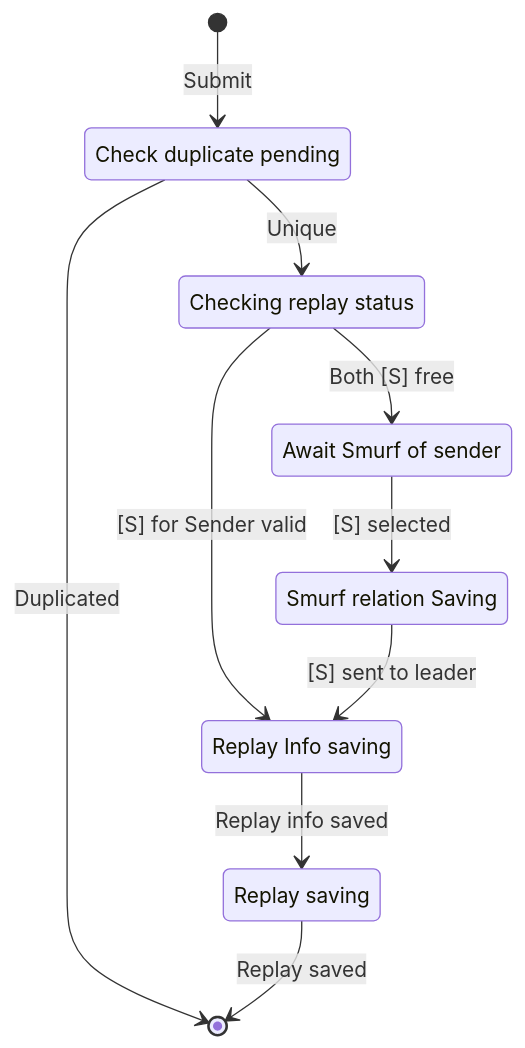
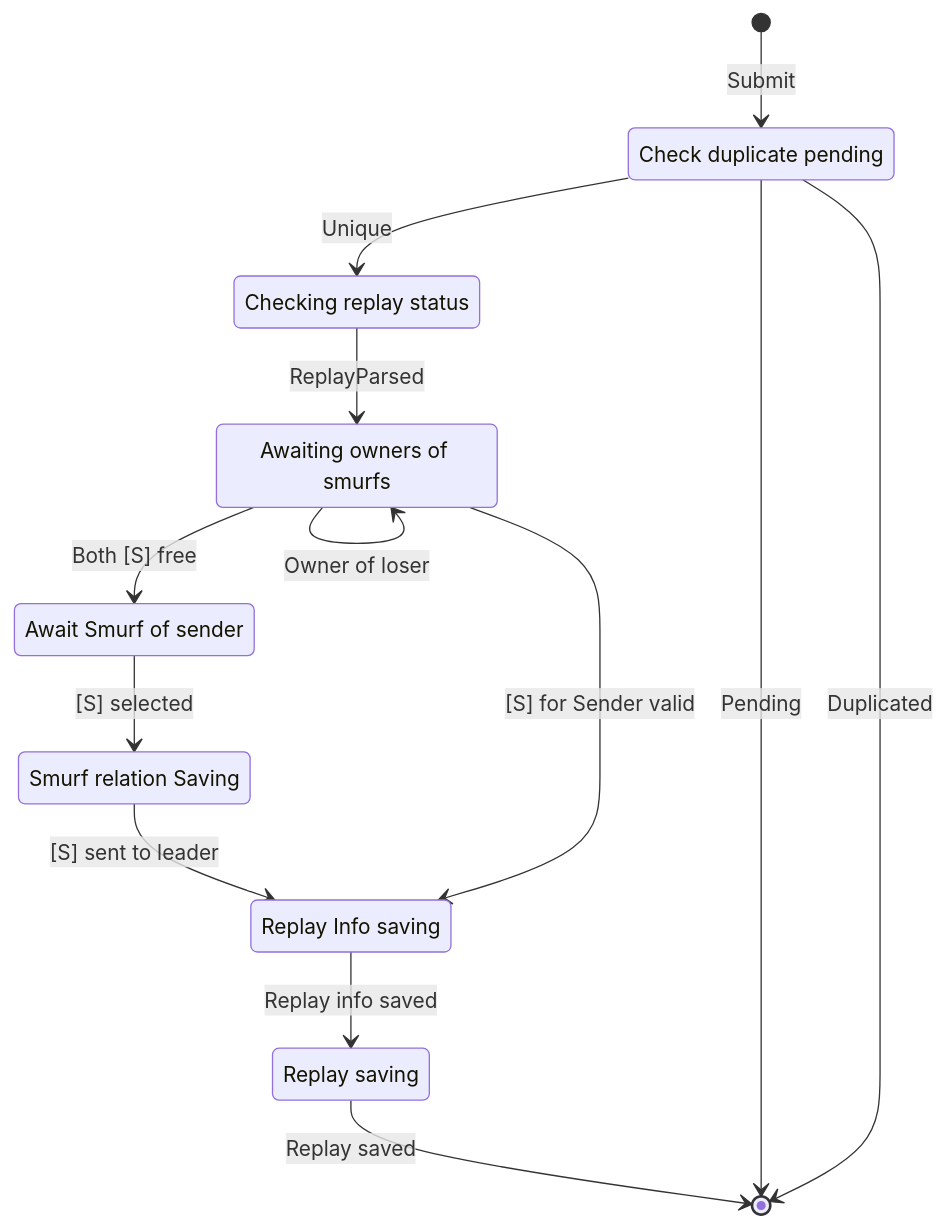
One commit to vmchura/dsl changed the diagram in docs/TeamReplaySubmit.md. Above: the diagram before and after it, drawn with Mermaid. The commit also changed 9 other files, not shown here.

````diff
--- a/docs/TeamReplaySubmit.md
+++ b/docs/TeamReplaySubmit.md
@@ -1,19 +1,24 @@
 ```mermaid
 stateDiagram-v2
 
     DupPending: Check duplicate pending
     CheckingStatus: Checking replay status
     AwaitSaveReplay: Replay saving
     AwaitSmurfSender: Await Smurf of sender
     AwaitSaveRelation: Smurf relation Saving
     AwaitSaveRepInfo: Replay Info saving
+    AwaitOwnersOfSmurfs: Awaiting owners of smurfs
     [*] --> DupPending : Submit
     DupPending --> CheckingStatus : Unique
     DupPending --> [*] : Duplicated
-    CheckingStatus --> AwaitSaveRepInfo : [S] for Sender valid
-    CheckingStatus --> AwaitSmurfSender : Both [S] free
+    DupPending --> [*] : Pending
+    CheckingStatus --> AwaitOwnersOfSmurfs : ReplayParsed
+    AwaitOwnersOfSmurfs --> AwaitOwnersOfSmurfs : Owner of winner
+    AwaitOwnersOfSmurfs --> AwaitOwnersOfSmurfs : Owner of loser
+    AwaitOwnersOfSmurfs --> AwaitSaveRepInfo : [S] for Sender valid
+    AwaitOwnersOfSmurfs --> AwaitSmurfSender : Both [S] free
     AwaitSaveReplay --> [*] : Replay saved
     AwaitSaveRelation --> AwaitSaveRepInfo : [S] sent to leader
     AwaitSaveRepInfo --> AwaitSaveReplay : Replay info saved
     AwaitSmurfSender --> AwaitSaveRelation : [S] selected
 ```
````
